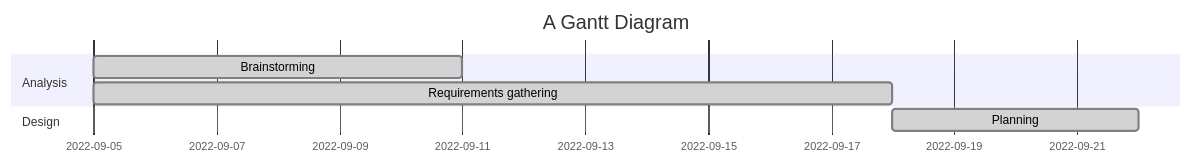
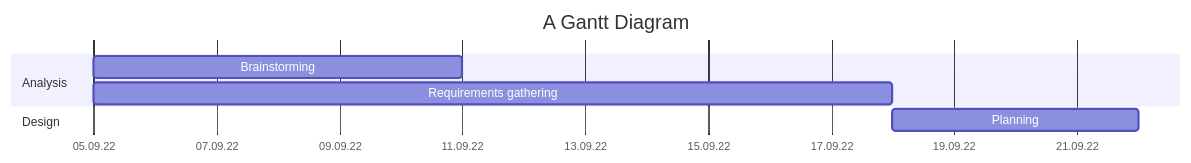
The diagram in README.md (Timofey-Makhankov/Tic-Tac-Toe-Website), drawn with Mermaid before and after one commit. The commit also changed other lines of this file and 1 other file, not shown here.

````diff
--- a/README.md
+++ b/README.md
@@ -63,10 +66,11 @@
 ```mermaid
 gantt
     title A Gantt Diagram
     dateFormat  DD.MM
+    axisFormat  %d.%m.%y
     section Analysis
-    Brainstorming:done,05.09,6d
-    Requirements gathering:done, 05.09, 13d
+    Brainstorming:05.09,6d
+    Requirements gathering:05.09, 13d
     section Design
-    Planning:done,18.09,4d
+    Planning:18.09,4d
 ```
````
